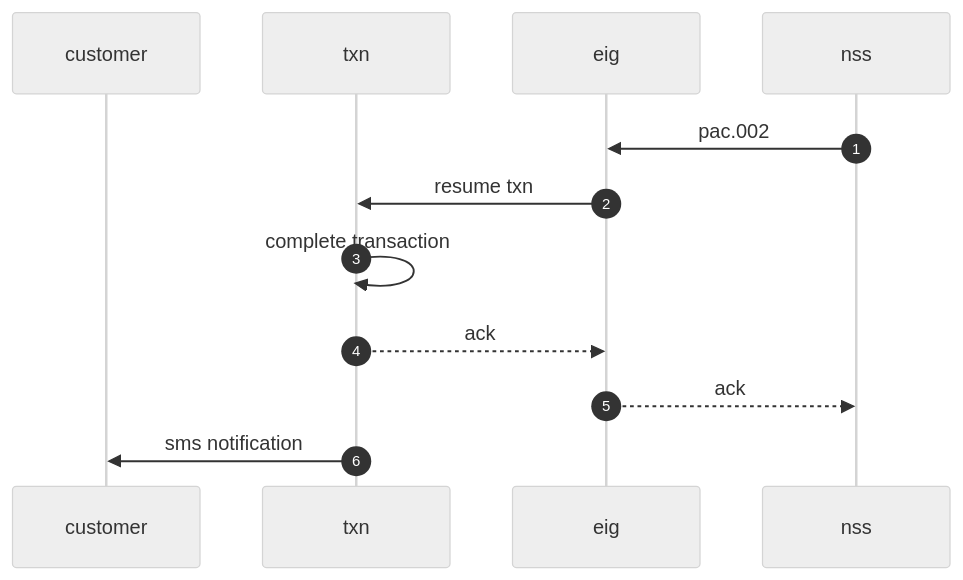
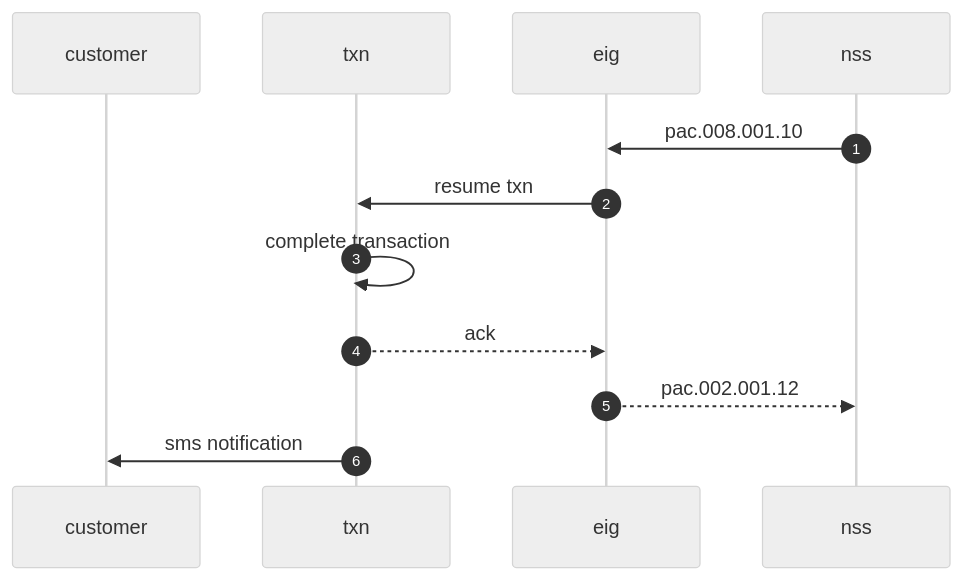
The diagram in send-response.md (kiswend/NSS), drawn with Mermaid (neutral theme) before and after one commit. The commit also changed 3 other files, not shown here.

````diff
--- a/send-response.md
+++ b/send-response.md
@@ -4,15 +4,15 @@
 ```mermaid
 sequenceDiagram
     autonumber
     participant customer
     participant txn
     participant eig
     participant nss
 
-    nss ->> eig: pac.002
+    nss ->> eig: pac.008.001.10
     eig ->> txn: resume txn
     txn ->> txn: complete transaction
     txn -->> eig: ack
-    eig -->> nss: ack
+    eig -->> nss: pac.002.001.12
     txn ->> customer: sms notification
 ```
````
